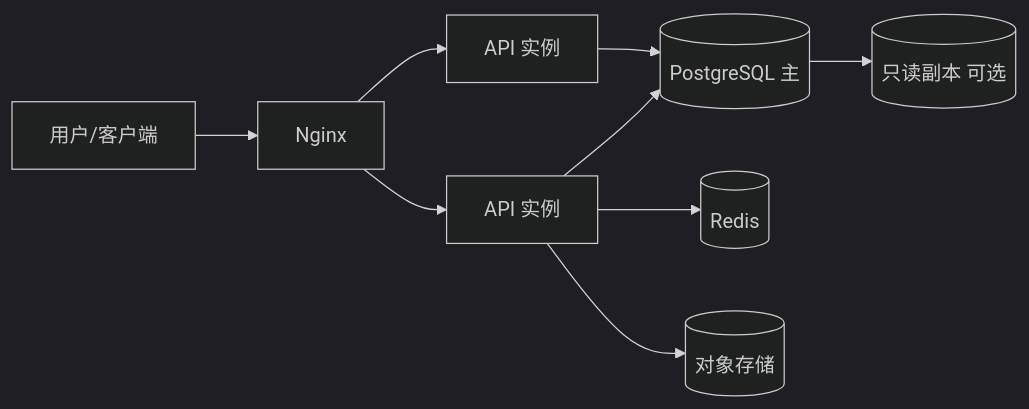
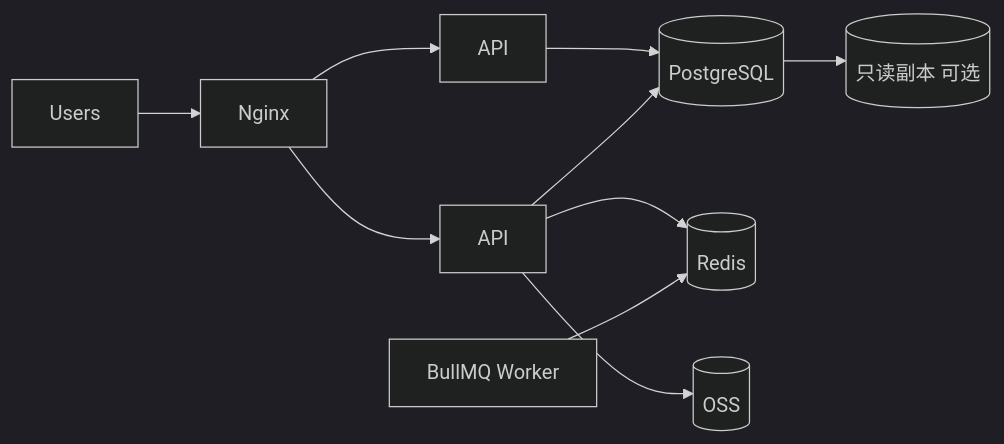
Before and after one commit to Jerry-RL/asset-management-system: the second of 2 diagrams in docs/design/概要设计说明书.md, drawn with Mermaid (dark theme). The commit also changed other lines of this file and 58 other files, not shown here.

````diff
--- a/docs/design/概要设计说明书.md
+++ b/docs/design/概要设计说明书.md
@@ -81,11 +74,12 @@
 ```mermaid
 flowchart LR
-  Users["用户/客户端"] --> Nginx
-  Nginx --> API1["API 实例"]
-  Nginx --> API2["API 实例"]
-  API1 --> PG[(PostgreSQL 主)]
+  Users --> Nginx
+  Nginx --> API1[API]
+  Nginx --> API2[API]
+  API1 --> PG[(PostgreSQL)]
   API2 --> PG
+  Worker[BullMQ Worker] --> Redis[(Redis)]
+  API1 --> Redis
+  API1 --> OSS[(OSS)]
   PG --> PGR[(只读副本 可选)]
-  API1 --> Redis[(Redis)]
-  API1 --> OSS[(对象存储)]
 ```
````
